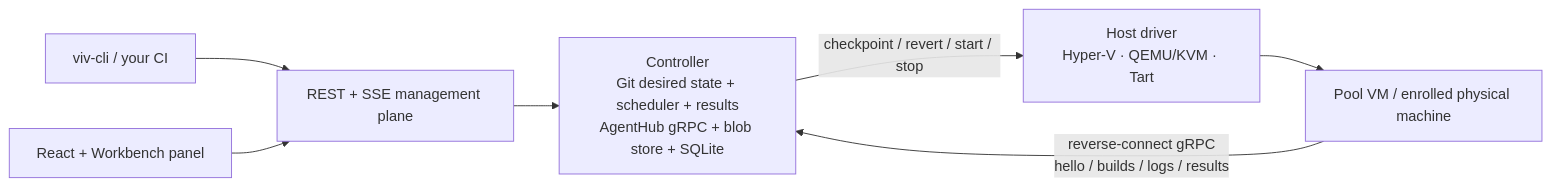
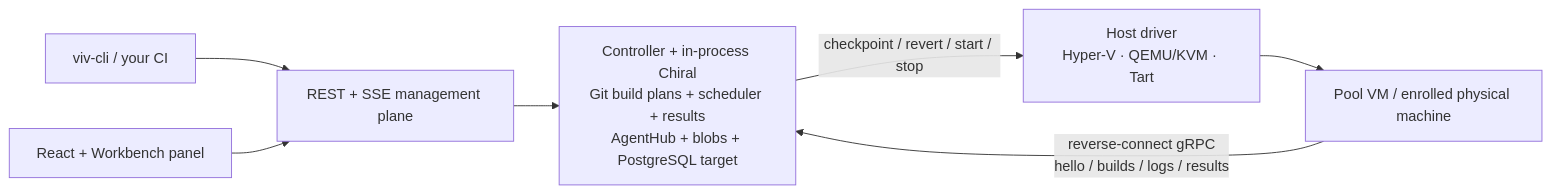
One commit to iXab3r/Vivarium changed the diagram in README.md. Above: the diagram before and after it, drawn with Mermaid. The commit also changed other lines of this file and 29 other files, not shown here.

````diff
--- a/README.md
+++ b/README.md
@@ -39,10 +45,10 @@
 ```mermaid
 flowchart LR
     CLI["viv-cli / your CI"] --> REST
     UI["React + Workbench panel"] --> REST
     REST["REST + SSE management plane"] --> C
-    C["Controller<br/>Git desired state + scheduler + results<br/>AgentHub gRPC + blob store + SQLite"]
+    C["Controller + in-process Chiral<br/>Git build plans + scheduler + results<br/>AgentHub + blobs + PostgreSQL target"]
     C -- "checkpoint / revert / start / stop" --> D["Host driver<br/>Hyper-V · QEMU/KVM · Tart"]
     D --> VM["Pool VM / enrolled physical machine"]
     VM -- "reverse-connect gRPC<br/>hello / builds / logs / results" --> C
 ```
````
